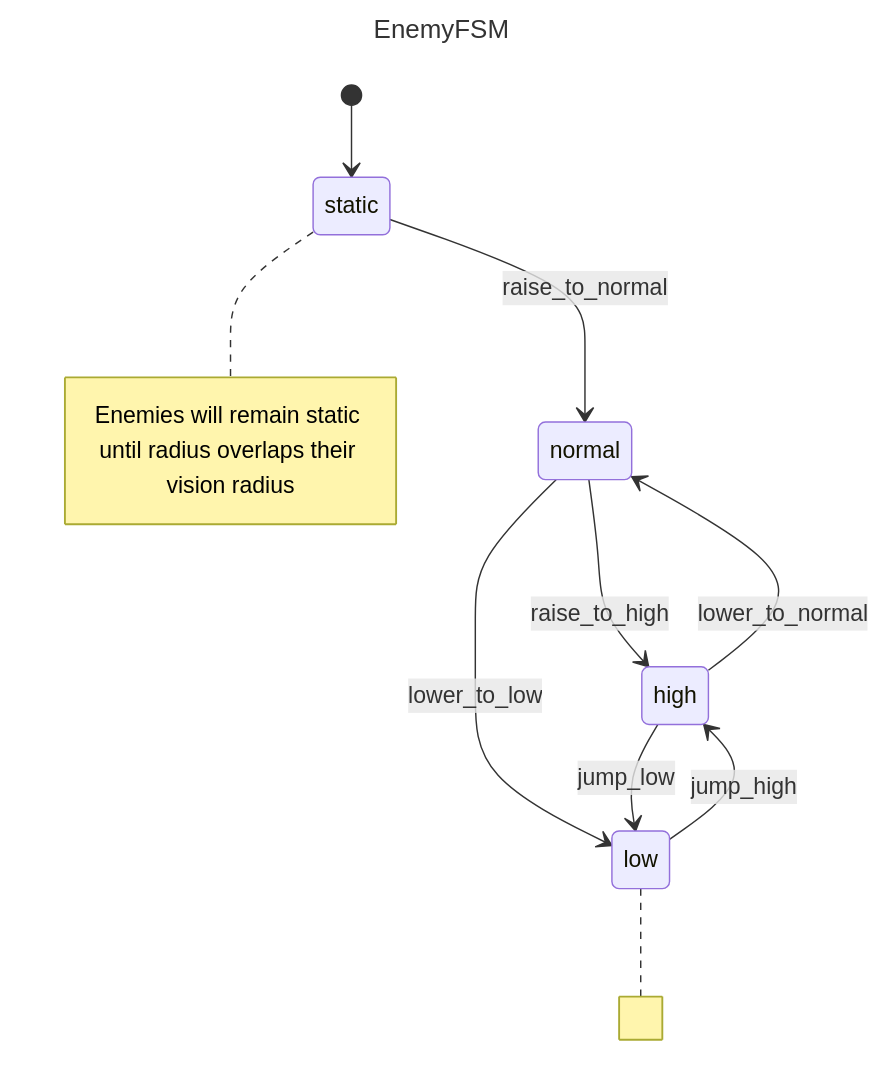
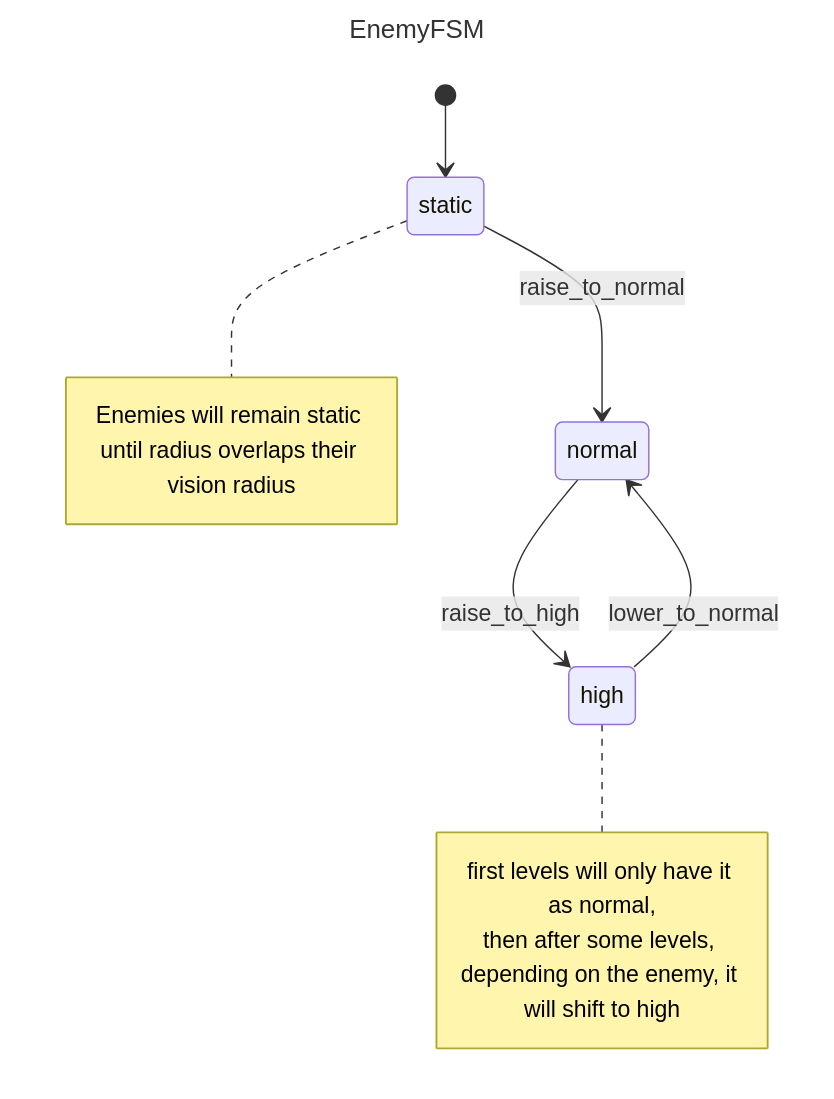
One commit to lcoronelr/Lost-In-The-Dark changed the diagram in diagrams/EnemyFSM.mermaid. Above: the diagram before and after it, drawn with Mermaid. The commit also changed 2 other files, not shown here.

Commit message:
changes readme and mermaid

```diff
--- a/diagrams/EnemyFSM.mermaid
+++ b/diagrams/EnemyFSM.mermaid
@@ -1,19 +1,19 @@
 ---
 title: EnemyFSM
 ---
 stateDiagram-v2
     [*] --> static
 
     static    --> normal : raise_to_normal
-    low    --> high   : jump_high
     normal --> high   : raise_to_high
-    normal --> low    : lower_to_low
     high   --> normal : lower_to_normal
-    high   --> low    : jump_low
 
     note right of static
         Enemies will remain static until radius overlaps their vision radius
     end note
 
-    note right of low
+    note right of high
+        first levels will only have it as normal,
+        then after some levels, depending on the enemy, it will shift to high
+
     end note
```
